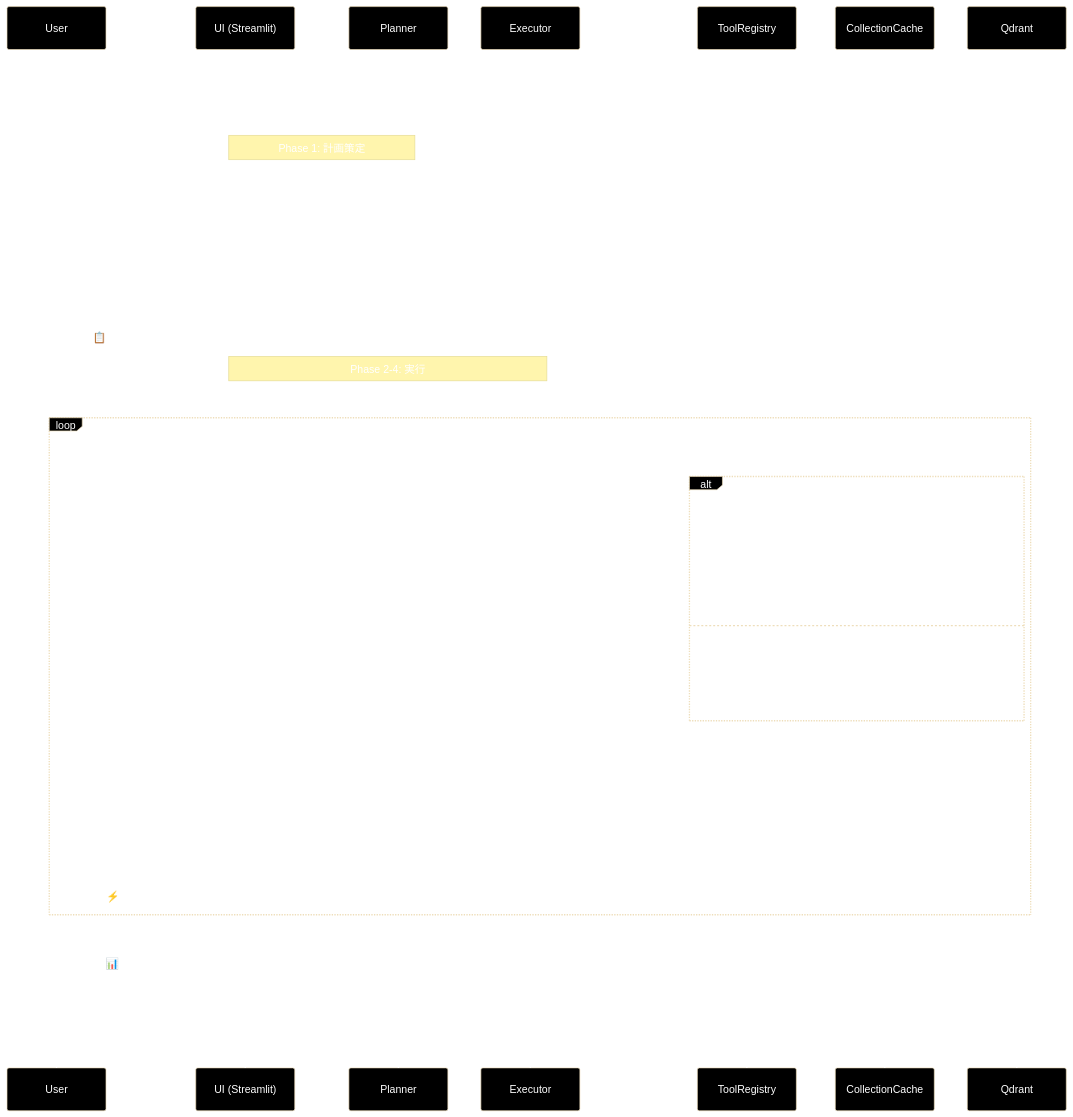
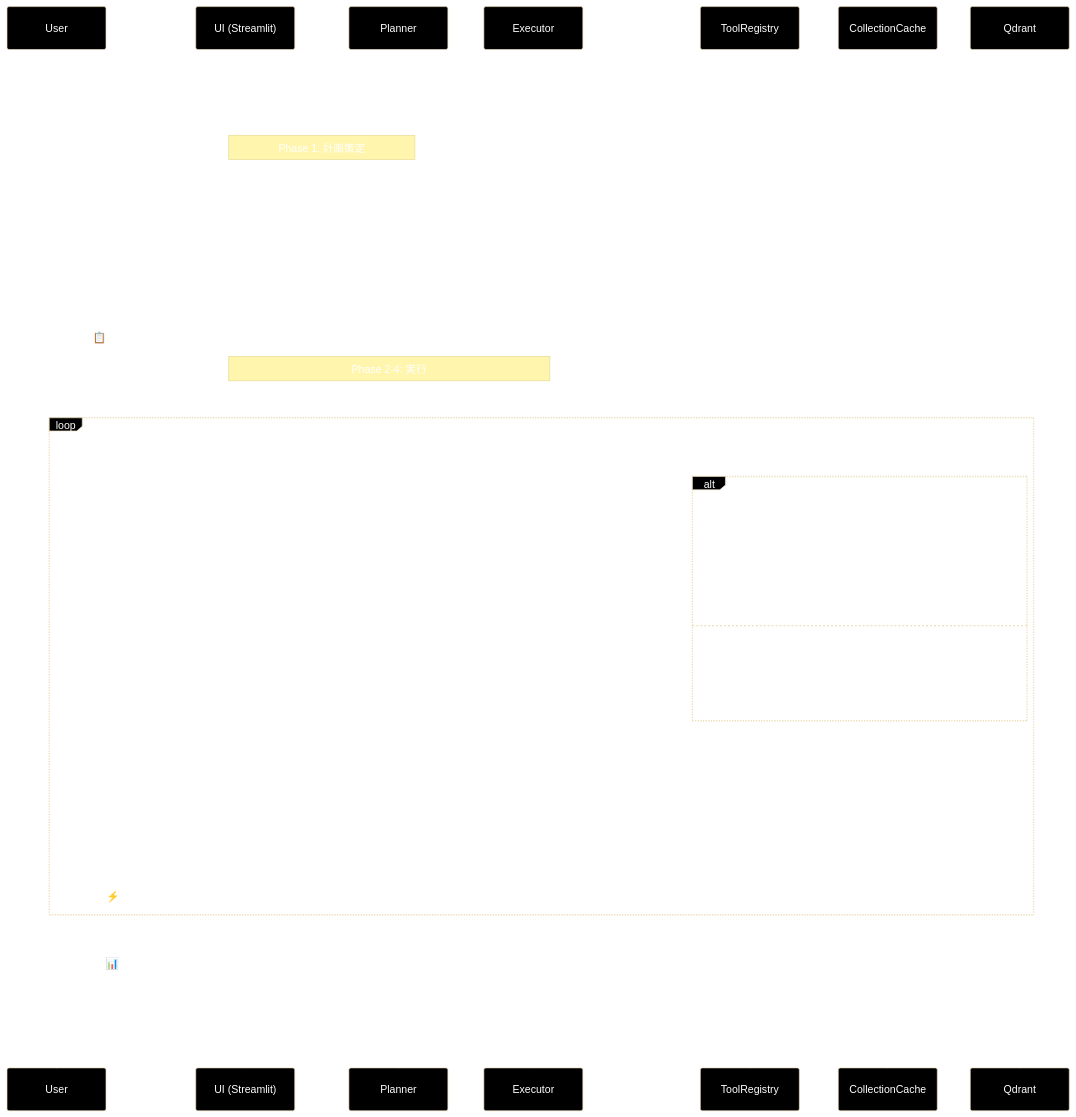
The eighth of 13 diagrams in README.md (nakashima2toshio/ollama_grace_agent_v2), drawn with Mermaid before and after one commit. The commit also changed other lines of this file and 11 other files, not shown here.

````diff
--- a/README.md
+++ b/README.md
@@ -697,56 +811,51 @@
 ```mermaid
-%%{ init: { "theme": "base", "themeVariables": {
-  "background": "#000000", "mainBkg": "#000000",
-  "textColor": "#ffffff", "lineColor": "#ffffff",
-  "actorBkg": "#000000", "actorTextColor": "#ffffff",
-  "actorLineColor": "#ffffff", "noteBkg": "#1a1a1a",
-  "noteTextColor": "#ffffff" } } }%%
+%%{ init: { "theme": "base", "themeVariables": { "background": "#000000", "mainBkg": "#000000", "textColor": "#ffffff", "lineColor": "#ffffff", "actorBkg": "#000000", "actorTextColor": "#ffffff", "actorLineColor": "#ffffff", "noteBkg": "#1a1a1a", "noteTextColor": "#ffffff" } } }%%
 sequenceDiagram
     participant User as User
     participant UI as UI (Streamlit)
     participant Planner as Planner
     participant Executor as Executor
     participant Tools as ToolRegistry
     participant Cache as CollectionCache
     participant Qdrant as Qdrant
 
     User->>UI: 1. 質問入力
     UI->>UI: 2. chat_history.append(user_msg)
 
     Note over UI,Planner: Phase 1: 計画策定
 
     UI->>Planner: 3. create_plan(prompt)
     Planner->>Planner: 4. estimate_complexity_with_llm(query)
-    Planner->>Planner: 5. LLM計画生成 (Ollama JSON モード)
+    Planner->>Planner: 5. LLM計画生成 (Claude JSON Schema)
     Planner-->>UI: 6. ExecutionPlan
     UI-->>User: 7. 📋 計画策定 Expander 表示
 
     Note over UI,Executor: Phase 2-4: 実行
 
     UI->>Executor: 8. execute_plan_generator(plan)
 
     loop 各ステップ (Generator)
         Executor->>Tools: 9. ToolRegistry.execute(action, args)
 
         alt rag_search
             Tools->>Cache: 10. キャッシュ確認
             Cache-->>Tools: 11. キャッシュ結果
             Tools->>Qdrant: 12. 検索実行 (全コレクション順次)
             Qdrant-->>Tools: 13. 検索結果
         else reasoning
-            Tools->>Tools: 14. LLM推論 (Ollama)
+            Tools->>Tools: 14. LLM推論 (Claude)
         end
 
         Tools-->>Executor: 15. ToolResult
         Executor->>Executor: 16. Confidence評価
         Executor->>Executor: 17. Intervention判定
 
         Executor-->>UI: 18. yield ExecutionState / dict
         UI-->>User: 19. ⚡ 実行 Expander 更新
     end
 
     Executor-->>UI: 20. return ExecutionResult (StopIteration)
     UI-->>User: 21. 📊 実行結果サマリ表示
     UI-->>User: 22. 最終回答表示
     UI->>UI: 23. chat_history.append(assistant_msg)
 ```
````
